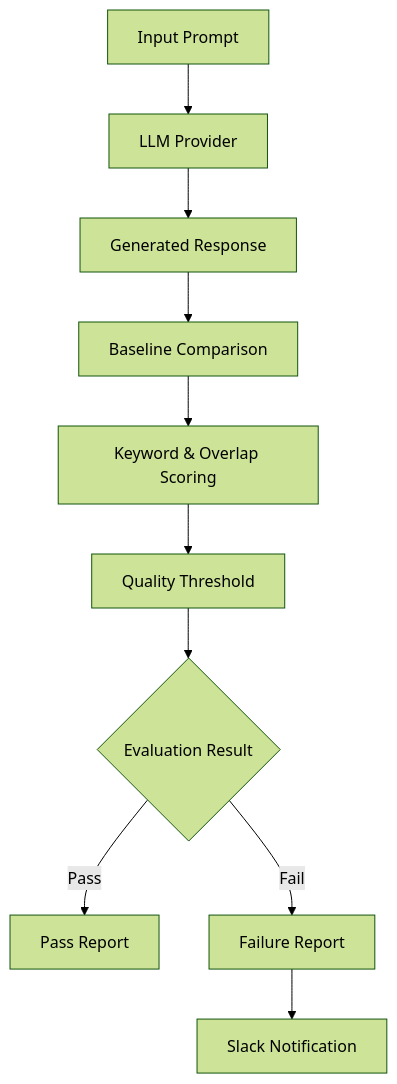
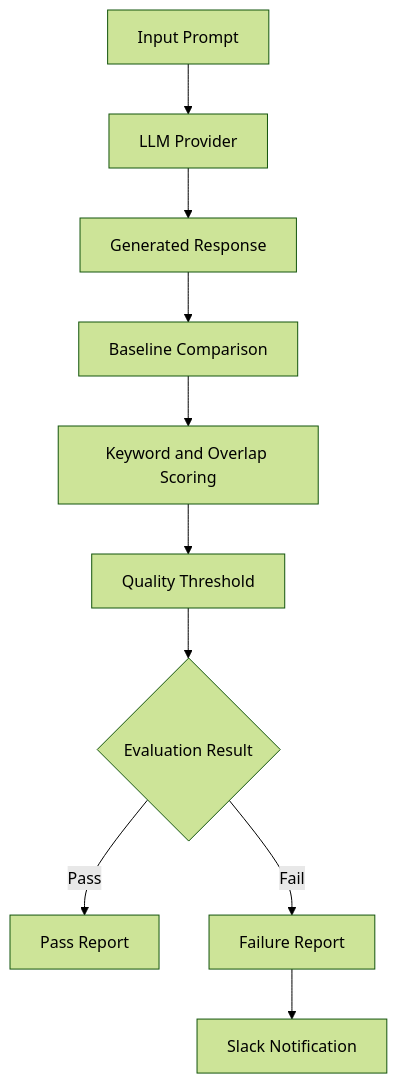
One commit to Shivashakti-1/Shivashakti-1 changed the second of 2 diagrams in README.md. Above: the diagram before and after it, drawn with Mermaid (forest theme). The commit also changed other lines of this file, not shown here.

````diff
--- a/README.md
+++ b/README.md
@@ -176,12 +186,12 @@
 ```mermaid
 flowchart TD
     A[Input Prompt] --> B[LLM Provider]
     B --> C[Generated Response]
     C --> D[Baseline Comparison]
-    D --> E[Keyword & Overlap Scoring]
+    D --> E[Keyword and Overlap Scoring]
     E --> F[Quality Threshold]
     F --> G{Evaluation Result}
     G -->|Pass| H[Pass Report]
     G -->|Fail| I[Failure Report]
     I --> J[Slack Notification]
 ```
````
